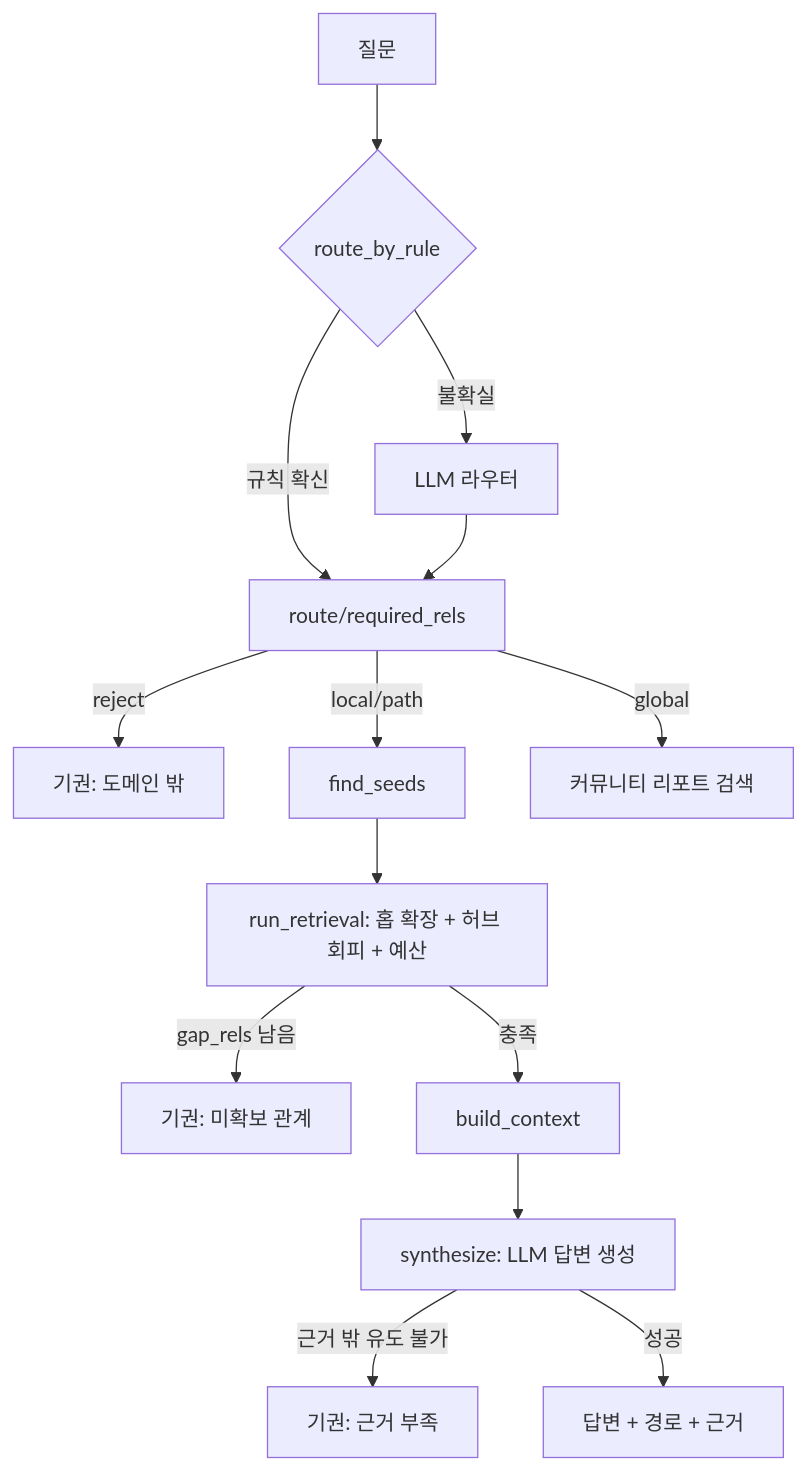
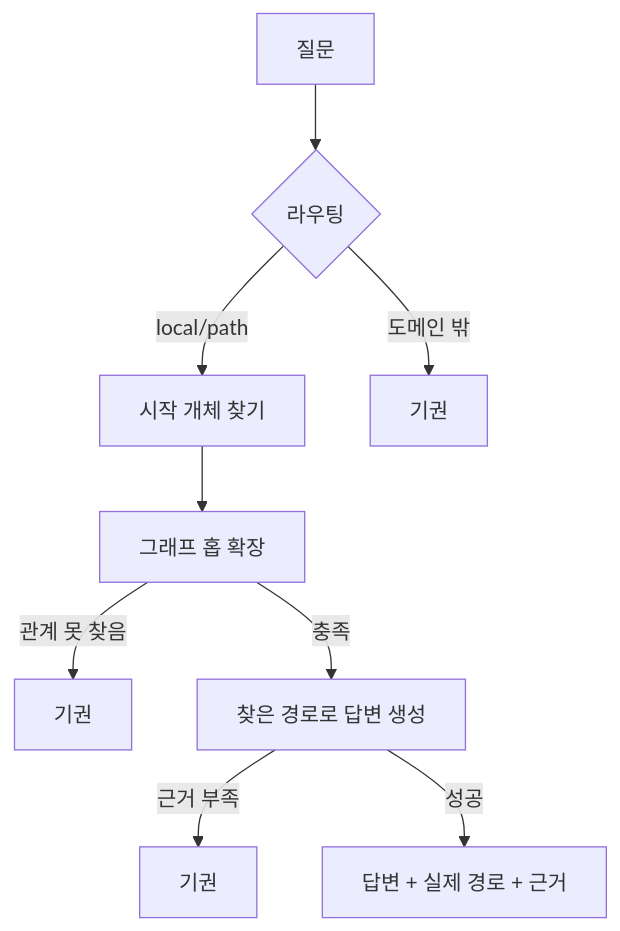
One commit to elfinnani-byte/korean-music-agent changed the diagram in REPORT.md. Above: the diagram before and after it, drawn with Mermaid. The commit also changed other lines of this file, not shown here.

````diff
--- a/REPORT.md
+++ b/REPORT.md
@@ -80,16 +64,10 @@
 ```mermaid
 flowchart TD
-    Q[질문] --> R{route_by_rule}
-    R -- 규칙 확신 --> RT[route/required_rels]
-    R -- 불확실 --> LLM1[LLM 라우터]
-    LLM1 --> RT
-    RT -- reject --> ABST1[기권: 도메인 밖]
-    RT -- local/path --> SEED[find_seeds]
-    RT -- global --> COMM[커뮤니티 리포트 검색]
-    SEED --> RET[run_retrieval: 홉 확장 + 허브 회피 + 예산]
-    RET -- gap_rels 남음 --> ABST2[기권: 미확보 관계]
-    RET -- 충족 --> CTX[build_context]
-    CTX --> SYN[synthesize: LLM 답변 생성]
-    SYN -- 근거 밖 유도 불가 --> ABST3[기권: 근거 부족]
-    SYN -- 성공 --> ANS[답변 + 경로 + 근거]
+    Q[질문] --> R{라우팅}
+    R -- local/path --> SEED[시작 개체 찾기] --> RET[그래프 홉 확장]
+    R -- 도메인 밖 --> ABST1[기권]
+    RET -- 관계 못 찾음 --> ABST2[기권]
+    RET -- 충족 --> SYN[찾은 경로로 답변 생성]
+    SYN -- 근거 부족 --> ABST3[기권]
+    SYN -- 성공 --> ANS[답변 + 실제 경로 + 근거]
 ```
````
